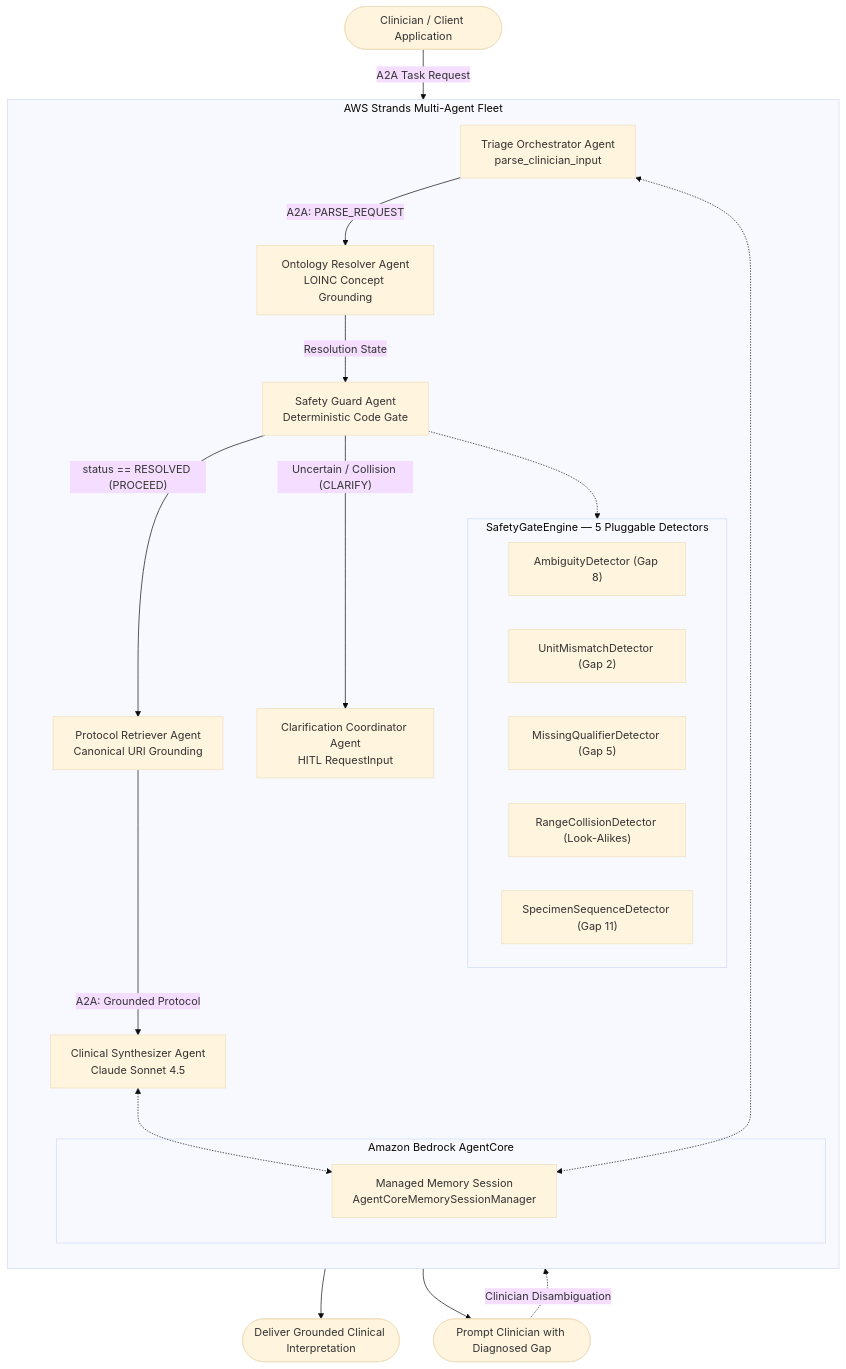
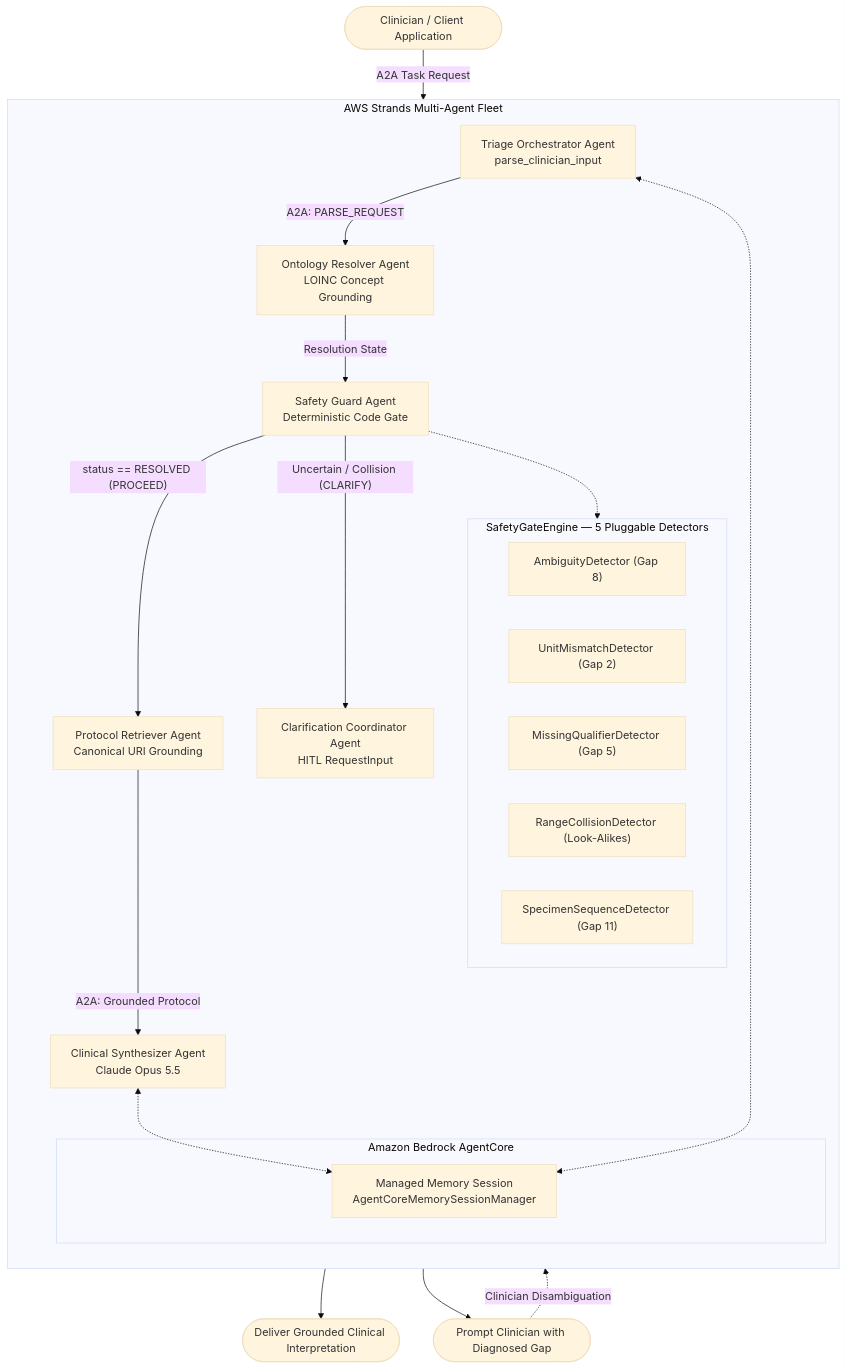
The diagram in strands-agents/README.md (amitpuri/multiagent-retrieval-gaps), drawn with Mermaid (base theme) before and after one commit. The commit also changed other lines of this file and 123 other files, not shown here.

````diff
--- a/strands-agents/README.md
+++ b/strands-agents/README.md
@@ -27,35 +27,35 @@
 ```mermaid
 flowchart TD
     Clinician([Clinician / Client Application]) -->|A2A Task Request| Triage[Triage Orchestrator Agent\nparse_clinician_input]
 
     subgraph Strands_Fleet["AWS Strands Multi-Agent Fleet"]
         direction TB
 
         Triage -->|A2A: PARSE_REQUEST| OntologyAgent[Ontology Resolver Agent\nLOINC Concept Grounding]
         OntologyAgent -->|Resolution State| SafetyGuard[Safety Guard Agent\nDeterministic Code Gate]
 
         subgraph Gap_Detectors["SafetyGateEngine — 5 Pluggable Detectors"]
             AmbiguityDet["AmbiguityDetector (Gap 8)"]
             UnitMismatchDet["UnitMismatchDetector (Gap 2)"]
             MissingQualDet["MissingQualifierDetector (Gap 5)"]
             RangeCollisionDet["RangeCollisionDetector (Look-Alikes)"]
             SpecimenSeqDet["SpecimenSequenceDetector (Gap 11)"]
         end
 
         SafetyGuard -.-> Gap_Detectors
         SafetyGuard -- "status == RESOLVED (PROCEED)" --> ProtocolAgent[Protocol Retriever Agent\nCanonical URI Grounding]
-        ProtocolAgent -->|A2A: Grounded Protocol| SynthesisAgent[Clinical Synthesizer Agent\nClaude Sonnet 4.5]
+        ProtocolAgent -->|A2A: Grounded Protocol| SynthesisAgent[Clinical Synthesizer Agent\nClaude Opus 5.5]
         SafetyGuard -- "Uncertain / Collision (CLARIFY)" --> ClarifyAgent[Clarification Coordinator Agent\nHITL RequestInput]
 
         subgraph AgentCore["Amazon Bedrock AgentCore"]
             MemMgr["Managed Memory Session\nAgentCoreMemorySessionManager"]
         end
 
         SynthesisAgent <-.-> MemMgr
         Triage <-.-> MemMgr
     end
 
     SynthesisAgent --> Deliver([Deliver Grounded Clinical Interpretation])
     ClarifyAgent --> RequestInput([Prompt Clinician with Diagnosed Gap])
     RequestInput -.->|Clinician Disambiguation| Triage
 ```
````
